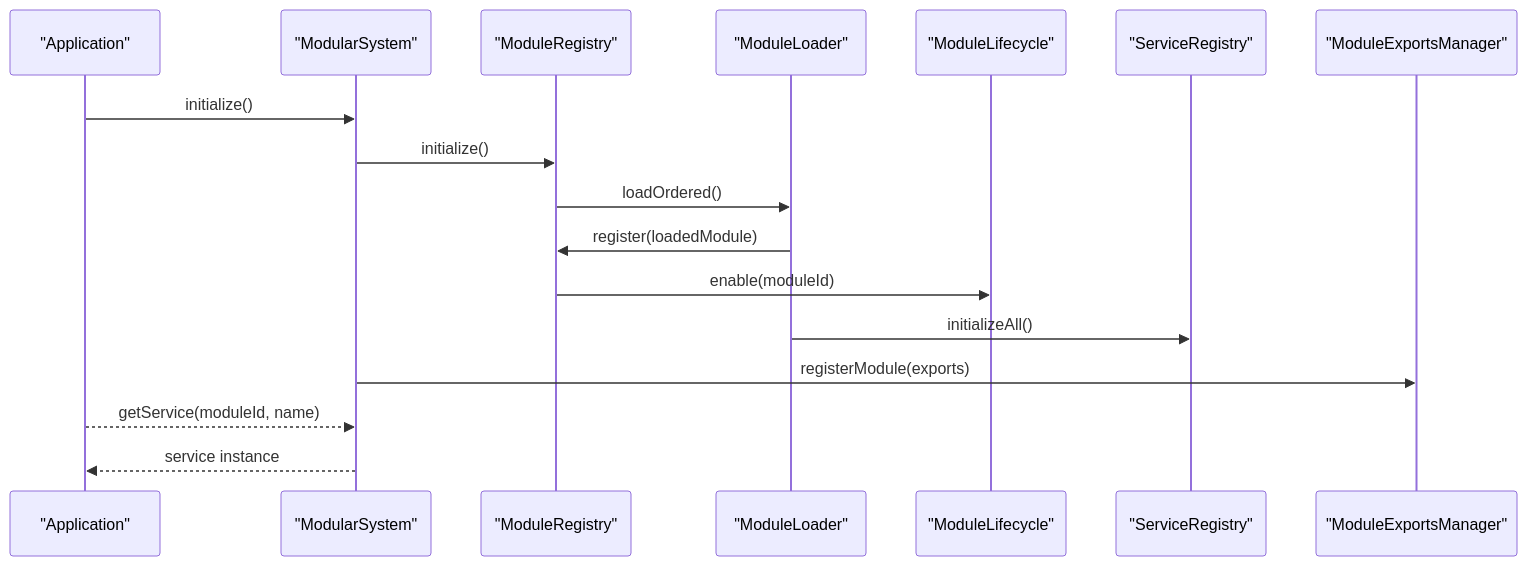
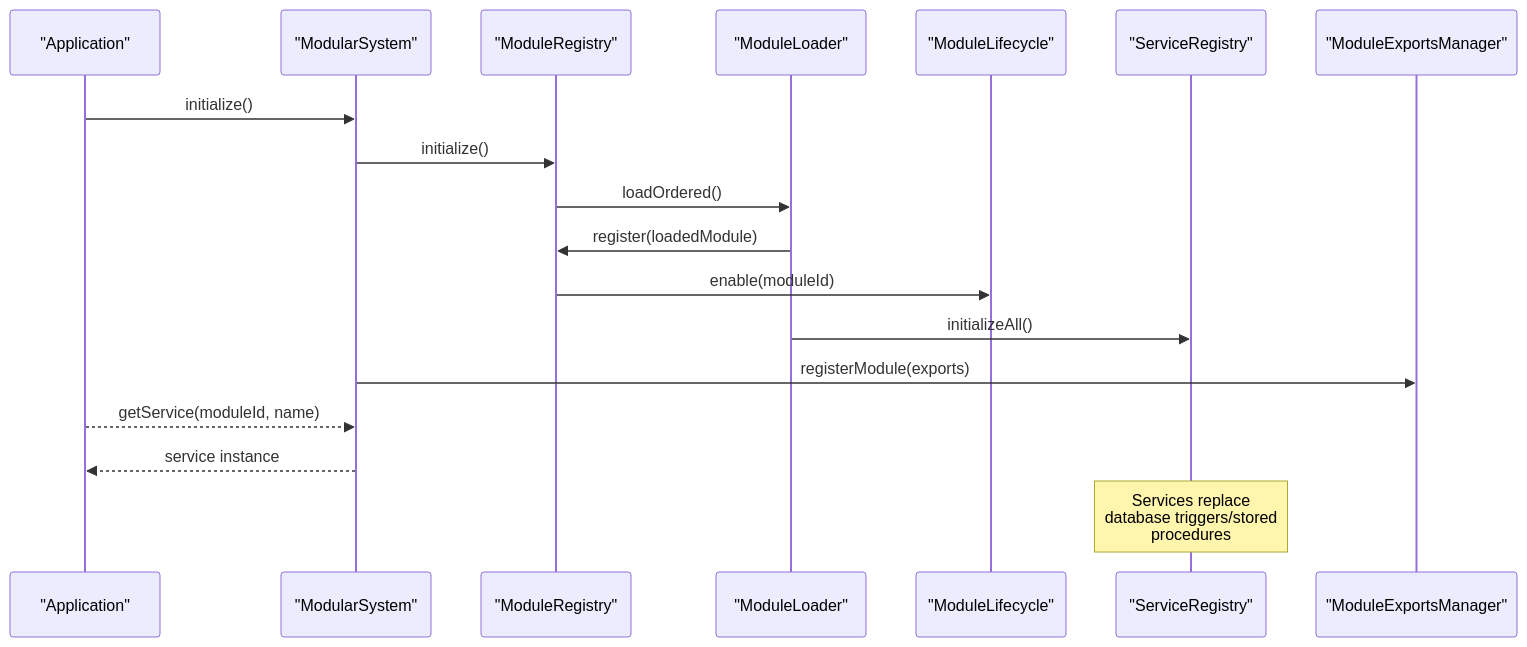
Before and after one commit to geniusdynamics/schoolpilot: the second of 8 diagrams in .qoder/repowiki/en/content/Modules System/Modules System.md, drawn with Mermaid. The commit also changed other lines of this file and 21 other files, not shown here.

````diff
--- a/.qoder/repowiki/en/content/Modules System/Modules System.md
+++ b/.qoder/repowiki/en/content/Modules System/Modules System.md
@@ -119,19 +138,20 @@
 ```mermaid
 sequenceDiagram
 participant App as "Application"
 participant MS as "ModularSystem"
 participant MR as "ModuleRegistry"
 participant ML as "ModuleLoader"
 participant MLC as "ModuleLifecycle"
 participant SER as "ServiceRegistry"
 participant ME as "ModuleExportsManager"
 App->>MS : initialize()
 MS->>MR : initialize()
 MR->>ML : loadOrdered()
 ML->>MR : register(loadedModule)
 MR->>MLC : enable(moduleId)
 ML->>SER : initializeAll()
 MS->>ME : registerModule(exports)
 App-->>MS : getService(moduleId, name)
 MS-->>App : service instance
+Note over SER : Services replace<br/>database triggers/stored<br/>procedures
 ```
````
